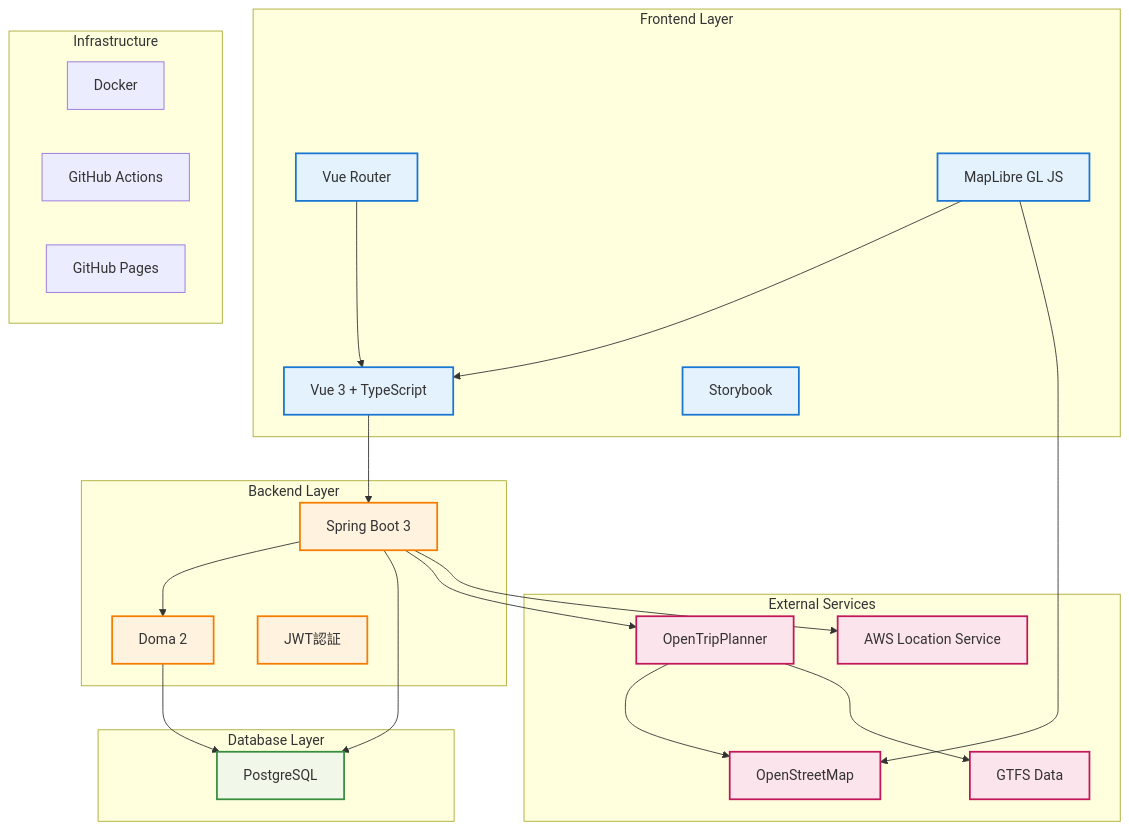
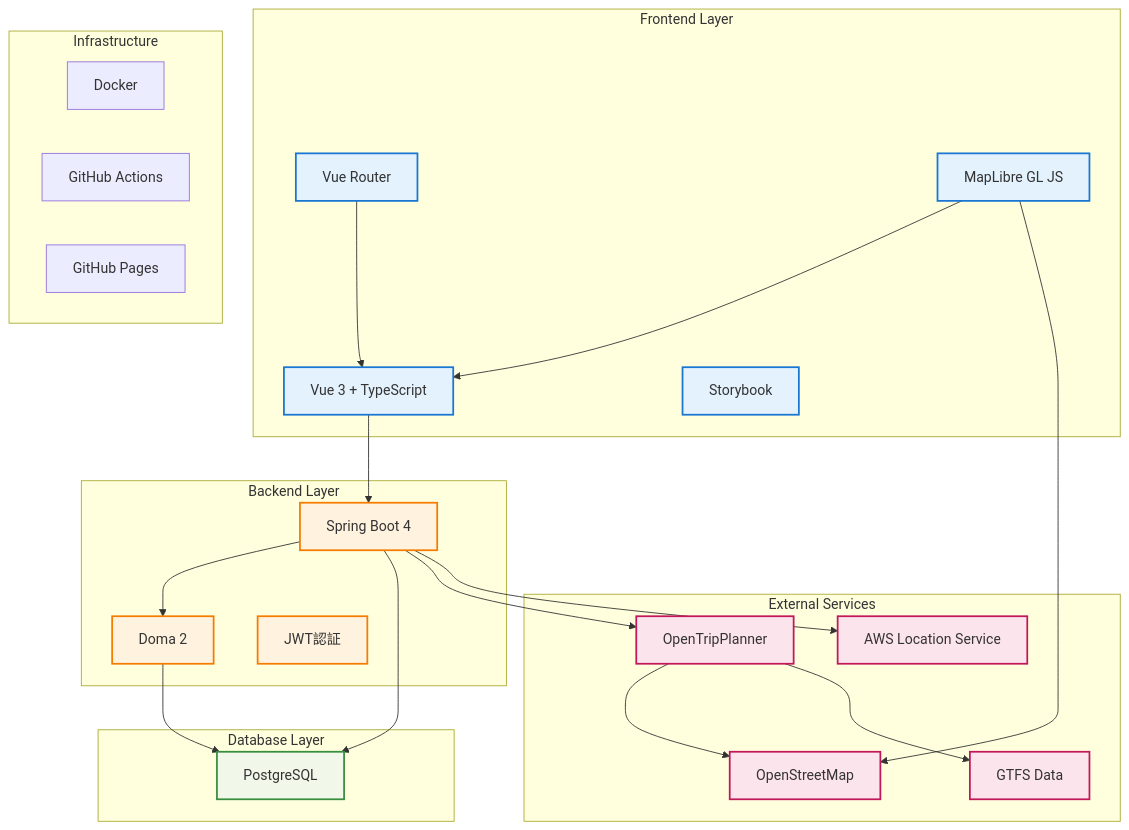
One commit to taichi0373/kumamoto-henno-map changed the diagram in docs/01_overview/tech_stack.md. Above: the diagram before and after it, drawn with Mermaid. The commit also changed other lines of this file and 21 other files, not shown here.

````diff
--- a/docs/01_overview/tech_stack.md
+++ b/docs/01_overview/tech_stack.md
@@ -5,54 +5,54 @@
 ```mermaid
 graph TB
     subgraph "Frontend Layer"
         A[Vue 3 + TypeScript]
         B[Vue Router]
         C[MapLibre GL JS]
         D[Storybook]
     end
 
     subgraph "Backend Layer"
-        E[Spring Boot 3]
+        E[Spring Boot 4]
         F[Doma 2]
         G[JWT認証]
     end
 
     subgraph "Database Layer"
         H[PostgreSQL]
     end
 
     subgraph "External Services"
         I[OpenTripPlanner]
         J[OpenStreetMap]
         K[GTFS Data]
         O[AWS Location Service]
     end
 
     subgraph "Infrastructure"
         L[Docker]
         M[GitHub Actions]
         N[GitHub Pages]
     end
 
     A --> E
     B --> A
     C --> A
     E --> F
     F --> H
     E --> H
     E --> I
     E --> O
     I --> J
     I --> K
     C --> J
 
     classDef frontend fill:#e3f2fd,stroke:#1976d2,stroke-width:2px
     classDef backend fill:#fff3e0,stroke:#f57c00,stroke-width:2px
     classDef database fill:#f1f8e9,stroke:#388e3c,stroke-width:2px
     classDef external fill:#fce4ec,stroke:#c2185b,stroke-width:2px
 
     class A,B,C,D frontend
     class E,F,G backend
     class H database
     class I,J,K,O external
 ```
````
